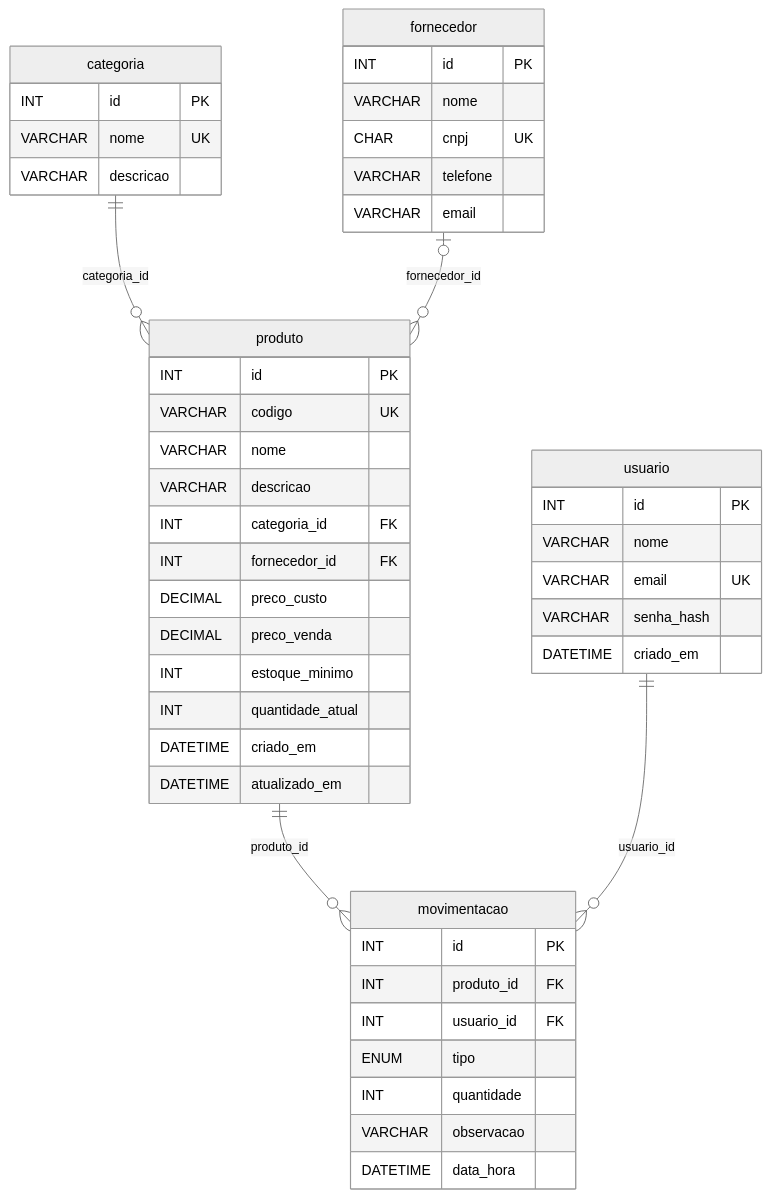
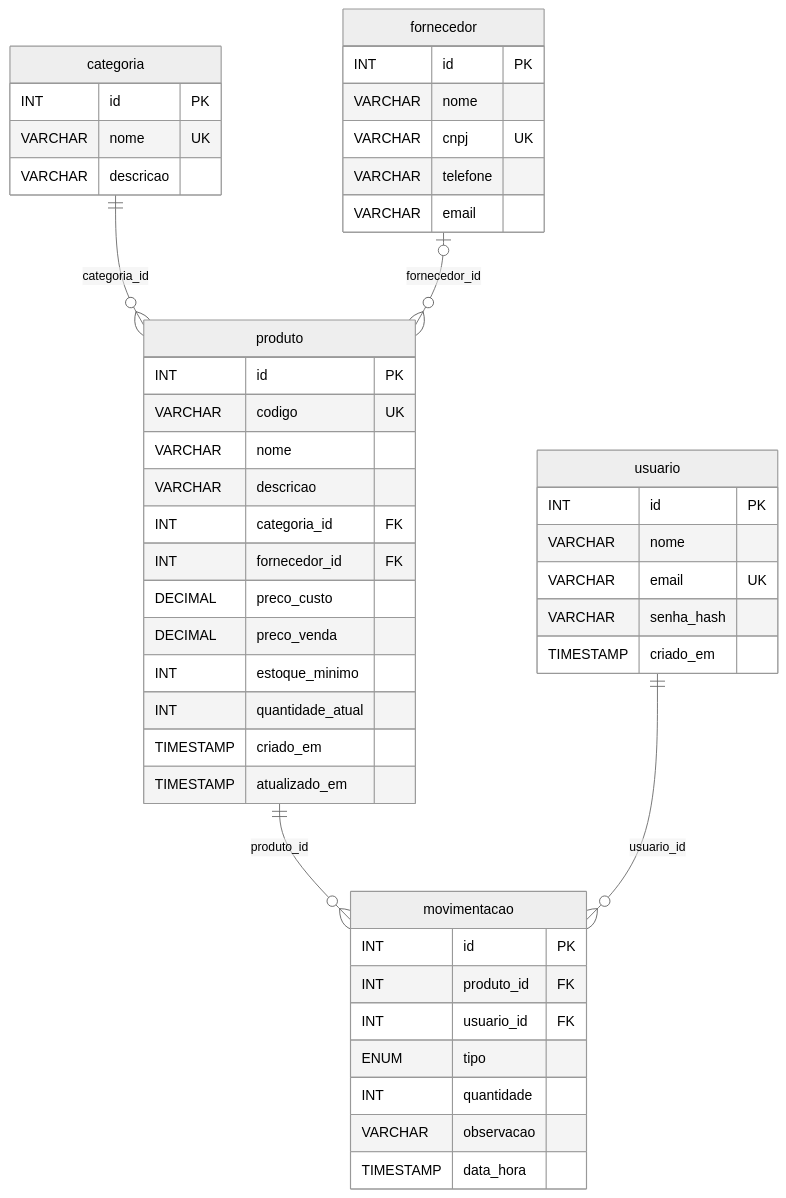
One commit to Carlosvpontes/ProjetoIntegrador changed the second of 2 diagrams in docs/situacao-1/04-banco-de-dados.md. Above: the diagram before and after it, drawn with Mermaid (neutral theme). The commit also changed other lines of this file and 19 other files, not shown here.

````diff
--- a/docs/situacao-1/04-banco-de-dados.md
+++ b/docs/situacao-1/04-banco-de-dados.md
@@ -35,50 +35,50 @@
 ```mermaid
 erDiagram
     usuario {
         INT id PK
         VARCHAR nome
         VARCHAR email UK
         VARCHAR senha_hash
-        DATETIME criado_em
+        TIMESTAMP criado_em
     }
     categoria {
         INT id PK
         VARCHAR nome UK
         VARCHAR descricao
     }
     fornecedor {
         INT id PK
         VARCHAR nome
-        CHAR cnpj UK
+        VARCHAR cnpj UK
         VARCHAR telefone
         VARCHAR email
     }
     produto {
         INT id PK
         VARCHAR codigo UK
         VARCHAR nome
         VARCHAR descricao
         INT categoria_id FK
         INT fornecedor_id FK
         DECIMAL preco_custo
         DECIMAL preco_venda
         INT estoque_minimo
         INT quantidade_atual
-        DATETIME criado_em
-        DATETIME atualizado_em
+        TIMESTAMP criado_em
+        TIMESTAMP atualizado_em
     }
     movimentacao {
         INT id PK
         INT produto_id FK
         INT usuario_id FK
         ENUM tipo
         INT quantidade
         VARCHAR observacao
-        DATETIME data_hora
+        TIMESTAMP data_hora
     }
 
     categoria ||--o{ produto : "categoria_id"
     fornecedor |o--o{ produto : "fornecedor_id"
     produto ||--o{ movimentacao : "produto_id"
     usuario ||--o{ movimentacao : "usuario_id"
 ```
````
